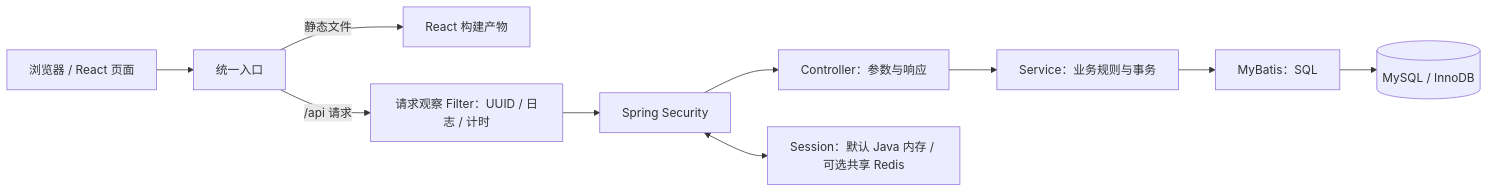
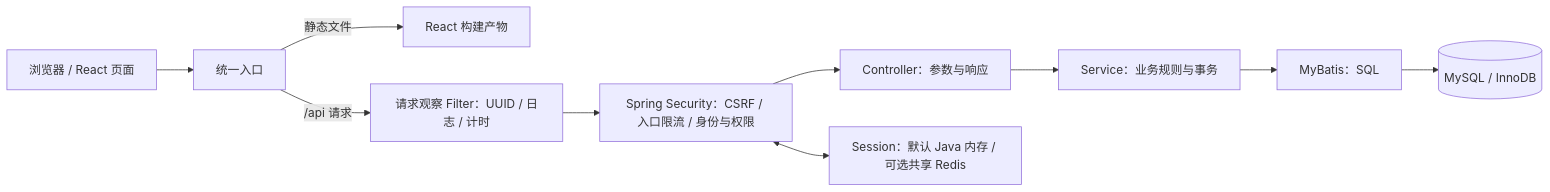
Before and after one commit to GTASDAW/MYCODE: the diagram in docs/architecture.md, drawn with Mermaid. The commit also changed other lines of this file and 8 other files, not shown here.

````diff
--- a/docs/architecture.md
+++ b/docs/architecture.md
@@ -19,12 +19,12 @@
 ```mermaid
 flowchart LR
     B[浏览器 / React 页面] --> P[统一入口]
     P -->|静态文件| F[React 构建产物]
     P -->|/api 请求| O[请求观察 Filter：UUID / 日志 / 计时]
-    O --> S[Spring Security]
+    O --> S[Spring Security：CSRF / 入口限流 / 身份与权限]
     S --> C[Controller：参数与响应]
     C --> V[Service：业务规则与事务]
     V --> M[MyBatis：SQL]
     M --> D[(MySQL / InnoDB)]
     S <--> H[Session：默认 Java 内存 / 可选共享 Redis]
 ```
````
